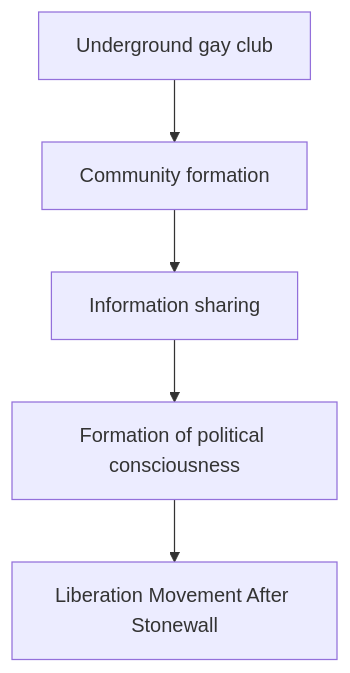
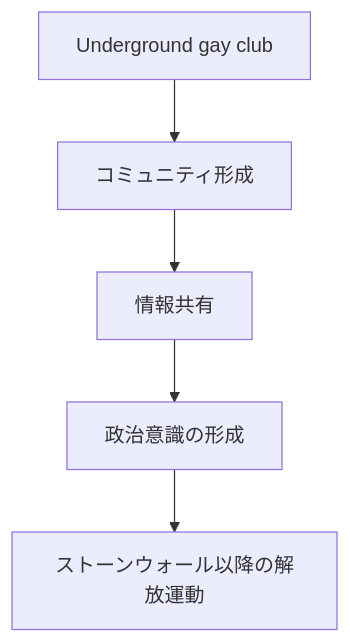
One commit to monumental-movement/monumental-movement.github.io changed the second of 7 diagrams in en/_posts/2026-05-24-column-lgbtq-dance.md. Above: the diagram before and after it, drawn with Mermaid. The commit also changed other lines of this file and 2196 other files, not shown here.

```diff
--- a/en/_posts/2026-05-24-column-lgbtq-dance.md
+++ b/en/_posts/2026-05-24-column-lgbtq-dance.md
@@ -89,7 +89,7 @@
 <div class="mermaid">
 flowchart TD
-    A["Underground gay club"] --> B["Community formation"]
-    B --> C["Information sharing"]
-    C --> D["Formation of political consciousness"]
-    D --> E["Liberation Movement After Stonewall"]
+    A["Underground gay club"] --> B["コミュニティ形成"]
+    B --> C["情報共有"]
+    C --> D["政治意識の形成"]
+    D --> E["ストーンウォール以降の解放運動"]
 </div>
```
